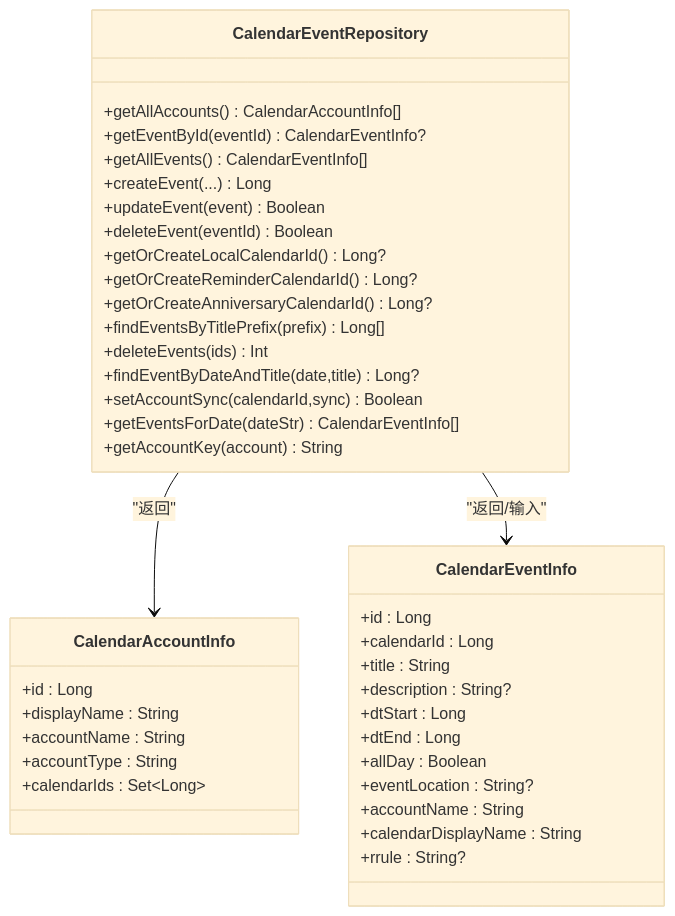
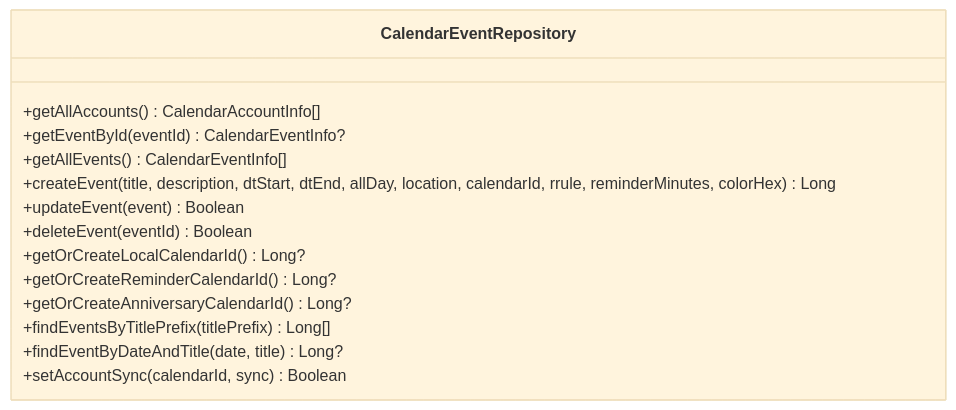
One commit to xiaobai860/paibanrili changed the third of 7 diagrams in .qoder/repowiki/zh/content/系统集成/系统日历集成.md. Above: the diagram before and after it, drawn with Mermaid (base theme). The commit also changed other lines of this file and 245 other files, not shown here.

````diff
--- a/.qoder/repowiki/zh/content/系统集成/系统日历集成.md
+++ b/.qoder/repowiki/zh/content/系统集成/系统日历集成.md
@@ -181,42 +150,17 @@
 ```mermaid
 classDiagram
 class CalendarEventRepository {
 +getAllAccounts() CalendarAccountInfo[]
 +getEventById(eventId) CalendarEventInfo?
 +getAllEvents() CalendarEventInfo[]
-+createEvent(...) Long
++createEvent(title, description, dtStart, dtEnd, allDay, location, calendarId, rrule, reminderMinutes, colorHex) Long
 +updateEvent(event) Boolean
 +deleteEvent(eventId) Boolean
 +getOrCreateLocalCalendarId() Long?
 +getOrCreateReminderCalendarId() Long?
 +getOrCreateAnniversaryCalendarId() Long?
-+findEventsByTitlePrefix(prefix) Long[]
-+deleteEvents(ids) Int
-+findEventByDateAndTitle(date,title) Long?
-+setAccountSync(calendarId,sync) Boolean
-+getEventsForDate(dateStr) CalendarEventInfo[]
-+getAccountKey(account) String
++findEventsByTitlePrefix(titlePrefix) Long[]
++findEventByDateAndTitle(date, title) Long?
++setAccountSync(calendarId, sync) Boolean
 }
-class CalendarAccountInfo {
-+id : Long
-+displayName : String
-+accountName : String
-+accountType : String
-+calendarIds : Set~Long~
-}
-class CalendarEventInfo {
-+id : Long
-+calendarId : Long
-+title : String
-+description : String?
-+dtStart : Long
-+dtEnd : Long
-+allDay : Boolean
-+eventLocation : String?
-+accountName : String
-+calendarDisplayName : String
-+rrule : String?
-}
-CalendarEventRepository --> CalendarAccountInfo : "返回"
-CalendarEventRepository --> CalendarEventInfo : "返回/输入"
 ```
````
